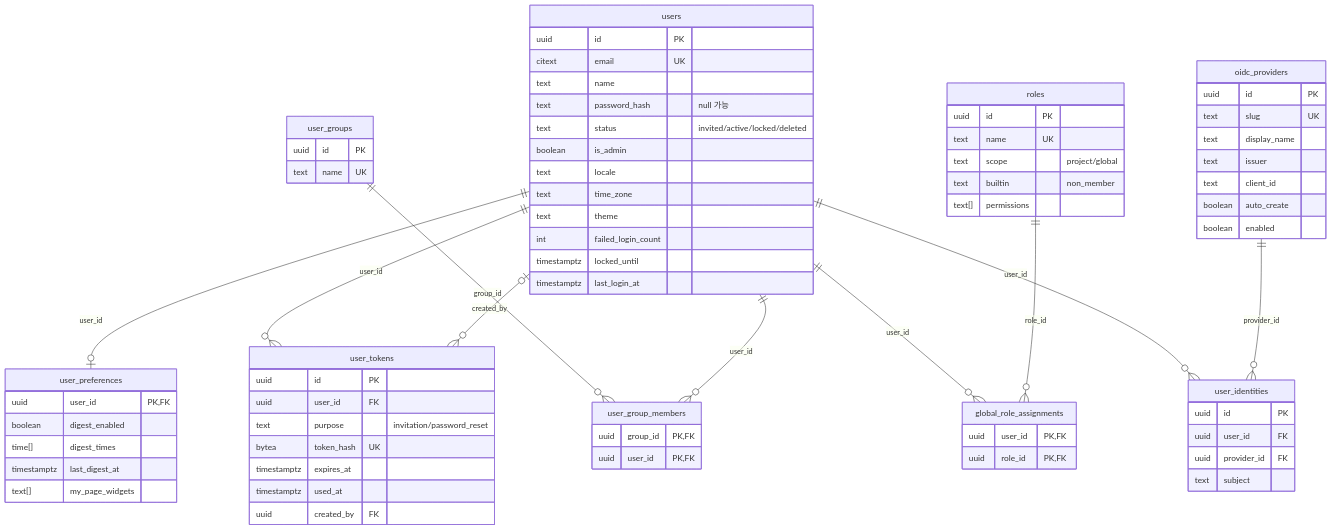
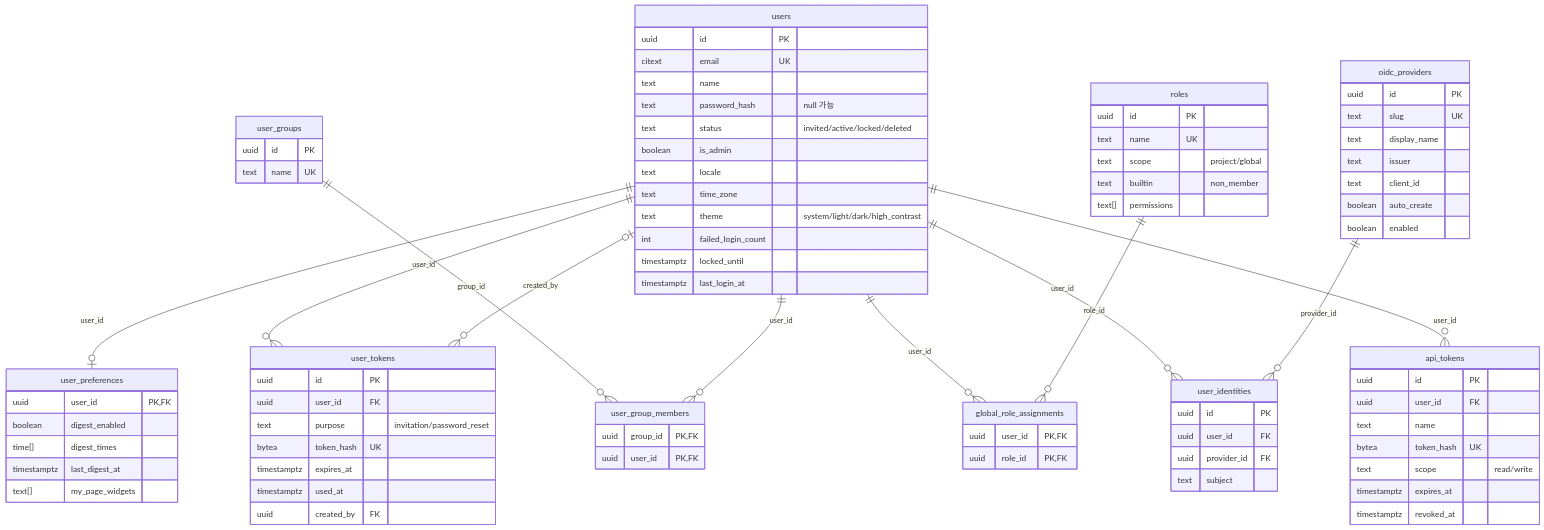
Before and after one commit to outlet13f/openPMS: the first of 9 diagrams in docs/deliverables/05-데이터베이스설계서.md, drawn with Mermaid. The commit also changed other lines of this file and 16 other files, not shown here.

````diff
--- a/docs/deliverables/05-데이터베이스설계서.md
+++ b/docs/deliverables/05-데이터베이스설계서.md
@@ -165,7 +172,7 @@
         boolean is_admin
         text locale
         text time_zone
-        text theme
+        text theme "system/light/dark/high_contrast"
         int failed_login_count
         timestamptz locked_until
         timestamptz last_login_at
@@ -220,6 +227,15 @@
         uuid provider_id FK
         text subject
     }
+    api_tokens {
+        uuid id PK
+        uuid user_id FK
+        text name
+        bytea token_hash UK
+        text scope "read/write"
+        timestamptz expires_at
+        timestamptz revoked_at
+    }
     users ||--o| user_preferences : "user_id"
     users ||--o{ user_tokens : "user_id"
     users |o--o{ user_tokens : "created_by"
@@ -229,4 +245,5 @@
     roles ||--o{ global_role_assignments : "role_id"
     users ||--o{ user_identities : "user_id"
     oidc_providers ||--o{ user_identities : "provider_id"
+    users ||--o{ api_tokens : "user_id"
 ```
````
